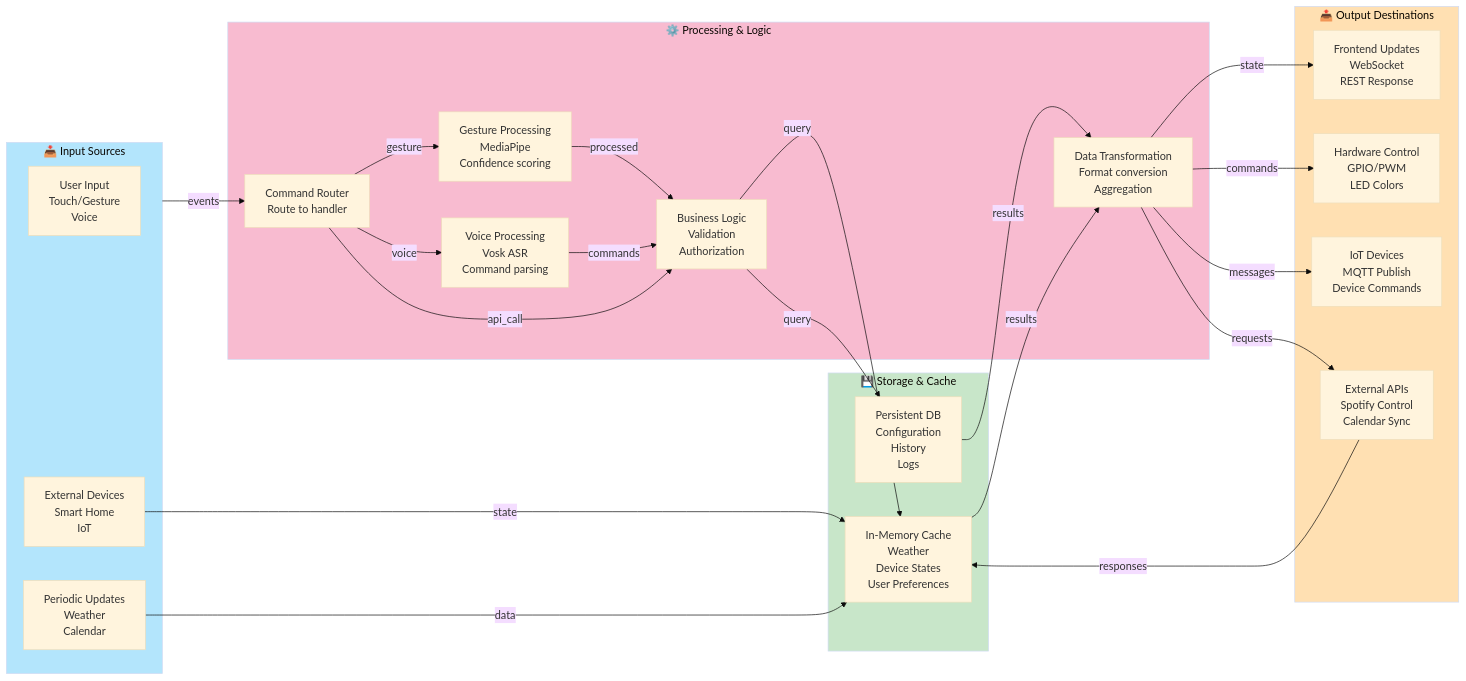
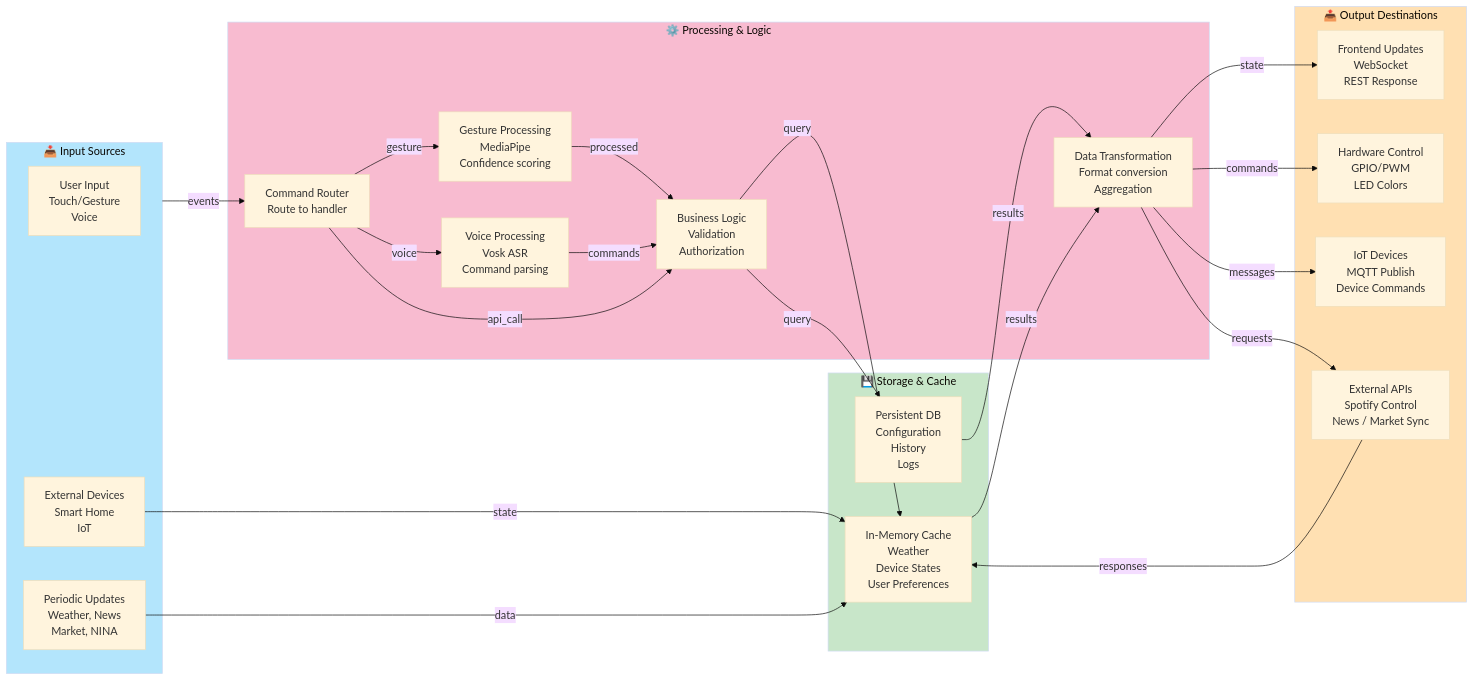
One commit to SebastianRieger/Software-Engineering changed the second of 7 diagrams in docs/diagram-docs/Zusaetzliche_Architektur_Diagramme.md. Above: the diagram before and after it, drawn with Mermaid (base theme). The commit also changed other lines of this file and 10 other files, not shown here.

````diff
--- a/docs/diagram-docs/Zusaetzliche_Architektur_Diagramme.md
+++ b/docs/diagram-docs/Zusaetzliche_Architektur_Diagramme.md
@@ -163,70 +165,70 @@
 ```mermaid
 graph LR
     subgraph INPUT["📥 Input Sources"]
         USER["User Input<br/>Touch/Gesture<br/>Voice"]
         EXTERNAL_DEVICE["External Devices<br/>Smart Home<br/>IoT"]
-        PERIODIC["Periodic Updates<br/>Weather<br/>Calendar"]
+        PERIODIC["Periodic Updates<br/>Weather, News<br/>Market, NINA"]
     end
     
     subgraph PROCESSING["⚙️ Processing & Logic"]
         ROUTER["Command Router<br/>Route to handler"]
         
         GESTURE_PROC["Gesture Processing<br/>MediaPipe<br/>Confidence scoring"]
         
         VOICE_PROC["Voice Processing<br/>Vosk ASR<br/>Command parsing"]
         
         BUSINESS_LOGIC["Business Logic<br/>Validation<br/>Authorization"]
         
         DATA_TRANSFORM["Data Transformation<br/>Format conversion<br/>Aggregation"]
     end
     
     subgraph STORAGE["💾 Storage & Cache"]
         CACHE["In-Memory Cache<br/>Weather<br/>Device States<br/>User Preferences"]
         
         DATABASE["Persistent DB<br/>Configuration<br/>History<br/>Logs"]
     end
     
     subgraph OUTPUT["📤 Output Destinations"]
         FRONTEND["Frontend Updates<br/>WebSocket<br/>REST Response"]
         
         HARDWARE_CONTROL["Hardware Control<br/>GPIO/PWM<br/>LED Colors"]
         
         IOT_DEVICES["IoT Devices<br/>MQTT Publish<br/>Device Commands"]
         
-        EXTERNAL_API["External APIs<br/>Spotify Control<br/>Calendar Sync"]
+        EXTERNAL_API["External APIs<br/>Spotify Control<br/>News / Market Sync"]
     end
     
     INPUT -->|events| ROUTER
     
     ROUTER -->|gesture| GESTURE_PROC
     ROUTER -->|voice| VOICE_PROC
     ROUTER -->|api_call| BUSINESS_LOGIC
     
     GESTURE_PROC -->|processed| BUSINESS_LOGIC
     VOICE_PROC -->|commands| BUSINESS_LOGIC
     
     BUSINESS_LOGIC -->|query| CACHE
     BUSINESS_LOGIC -->|query| DATABASE
     
     CACHE -->|results| DATA_TRANSFORM
     DATABASE -->|results| DATA_TRANSFORM
     
     DATA_TRANSFORM -->|state| FRONTEND
     DATA_TRANSFORM -->|commands| HARDWARE_CONTROL
     DATA_TRANSFORM -->|messages| IOT_DEVICES
     DATA_TRANSFORM -->|requests| EXTERNAL_API
     
     EXTERNAL_DEVICE -->|state| CACHE
     EXTERNAL_API -->|responses| CACHE
     PERIODIC -->|data| CACHE
     
     class INPUT input
     class PROCESSING processing
     class STORAGE storage
     class OUTPUT output
     
     style INPUT fill:#B3E5FC
     style PROCESSING fill:#F8BBD0
     style STORAGE fill:#C8E6C9
     style OUTPUT fill:#FFE0B2
 ```
````
